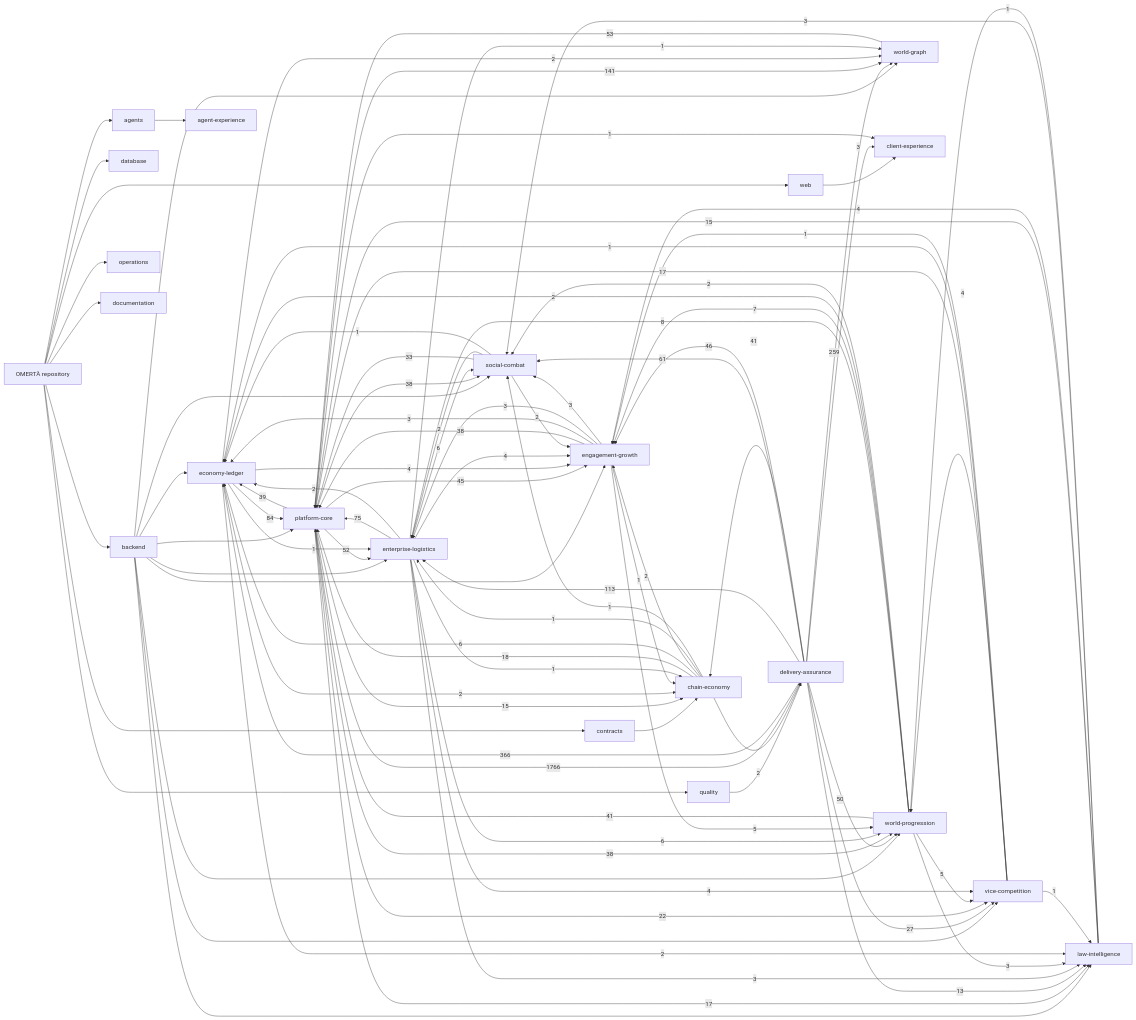
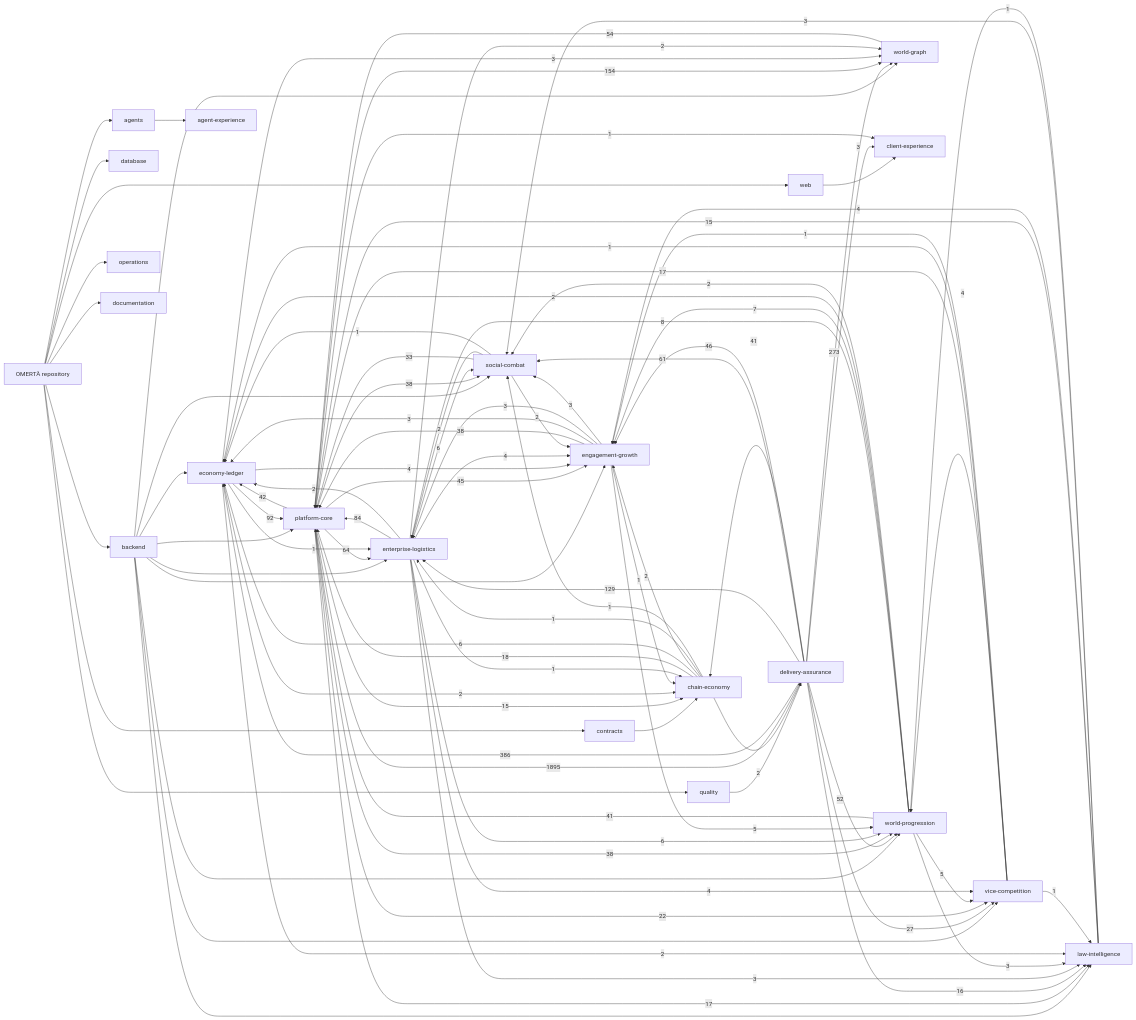
One commit to OmertaDev/Omerta changed the diagram in knowledge/generated/graph.mmd. Above: the diagram before and after it, drawn with Mermaid. The commit also changed 8 other files, not shown here.

```diff
--- a/knowledge/generated/graph.mmd
+++ b/knowledge/generated/graph.mmd
@@ -1,113 +1,113 @@
 flowchart LR
   repo["OMERTÀ repository"]
   sub_backend["backend"]
   repo --> sub_backend
   sub_database["database"]
   repo --> sub_database
   sub_web["web"]
   repo --> sub_web
   sub_contracts["contracts"]
   repo --> sub_contracts
   sub_agents["agents"]
   repo --> sub_agents
   sub_quality["quality"]
   repo --> sub_quality
   sub_operations["operations"]
   repo --> sub_operations
   sub_documentation["documentation"]
   repo --> sub_documentation
   dom_platform-core["platform-core"]
   dom_economy-ledger["economy-ledger"]
   dom_social-combat["social-combat"]
   dom_world-progression["world-progression"]
   dom_world-graph["world-graph"]
   dom_enterprise-logistics["enterprise-logistics"]
   dom_vice-competition["vice-competition"]
   dom_law-intelligence["law-intelligence"]
   dom_chain-economy["chain-economy"]
   dom_engagement-growth["engagement-growth"]
   dom_client-experience["client-experience"]
   dom_agent-experience["agent-experience"]
   dom_delivery-assurance["delivery-assurance"]
   sub_agents --> dom_agent-experience
   sub_backend --> dom_economy-ledger
   sub_backend --> dom_engagement-growth
   sub_backend --> dom_enterprise-logistics
   sub_backend --> dom_law-intelligence
   sub_backend --> dom_platform-core
   sub_backend --> dom_social-combat
   sub_backend --> dom_vice-competition
   sub_backend --> dom_world-graph
   sub_backend --> dom_world-progression
   sub_contracts --> dom_chain-economy
   sub_quality --> dom_delivery-assurance
   sub_web --> dom_client-experience
-  dom_delivery-assurance -->|1766| dom_platform-core
-  dom_delivery-assurance -->|366| dom_economy-ledger
-  dom_delivery-assurance -->|259| dom_world-graph
-  dom_platform-core -->|141| dom_world-graph
-  dom_delivery-assurance -->|113| dom_enterprise-logistics
-  dom_economy-ledger -->|84| dom_platform-core
-  dom_enterprise-logistics -->|75| dom_platform-core
+  dom_delivery-assurance -->|1895| dom_platform-core
+  dom_delivery-assurance -->|386| dom_economy-ledger
+  dom_delivery-assurance -->|273| dom_world-graph
+  dom_platform-core -->|154| dom_world-graph
+  dom_delivery-assurance -->|129| dom_enterprise-logistics
+  dom_economy-ledger -->|92| dom_platform-core
+  dom_enterprise-logistics -->|84| dom_platform-core
+  dom_platform-core -->|64| dom_enterprise-logistics
   dom_delivery-assurance -->|61| dom_social-combat
-  dom_world-graph -->|53| dom_platform-core
-  dom_platform-core -->|52| dom_enterprise-logistics
-  dom_delivery-assurance -->|50| dom_world-progression
+  dom_world-graph -->|54| dom_platform-core
+  dom_delivery-assurance -->|52| dom_world-progression
   dom_delivery-assurance -->|46| dom_engagement-growth
   dom_platform-core -->|45| dom_engagement-growth
+  dom_platform-core -->|42| dom_economy-ledger
   dom_delivery-assurance -->|41| dom_chain-economy
   dom_world-progression -->|41| dom_platform-core
-  dom_platform-core -->|39| dom_economy-ledger
   dom_engagement-growth -->|38| dom_platform-core
   dom_platform-core -->|38| dom_social-combat
   dom_platform-core -->|38| dom_world-progression
   dom_social-combat -->|33| dom_platform-core
   dom_delivery-assurance -->|27| dom_vice-competition
   dom_platform-core -->|22| dom_vice-competition
   dom_chain-economy -->|18| dom_platform-core
   dom_platform-core -->|17| dom_law-intelligence
   dom_vice-competition -->|17| dom_platform-core
+  dom_delivery-assurance -->|16| dom_law-intelligence
   dom_law-intelligence -->|15| dom_platform-core
   dom_platform-core -->|15| dom_chain-economy
-  dom_delivery-assurance -->|13| dom_law-intelligence
   dom_world-progression -->|8| dom_enterprise-logistics
   dom_world-progression -->|7| dom_engagement-growth
   dom_chain-economy -->|6| dom_economy-ledger
   dom_enterprise-logistics -->|6| dom_social-combat
   dom_enterprise-logistics -->|6| dom_world-progression
   dom_engagement-growth -->|5| dom_world-progression
   dom_world-progression -->|5| dom_vice-competition
   dom_economy-ledger -->|4| dom_engagement-growth
   dom_enterprise-logistics -->|4| dom_engagement-growth
   dom_enterprise-logistics -->|4| dom_vice-competition
   dom_law-intelligence -->|4| dom_engagement-growth
   dom_vice-competition -->|4| dom_world-progression
   dom_delivery-assurance -->|3| dom_client-experience
+  dom_economy-ledger -->|3| dom_world-graph
   dom_engagement-growth -->|3| dom_economy-ledger
   dom_engagement-growth -->|3| dom_enterprise-logistics
   dom_engagement-growth -->|3| dom_social-combat
   dom_enterprise-logistics -->|3| dom_law-intelligence
   dom_law-intelligence -->|3| dom_social-combat
   dom_world-progression -->|3| dom_law-intelligence
   dom_chain-economy -->|2| dom_delivery-assurance
   dom_chain-economy -->|2| dom_engagement-growth
   dom_economy-ledger -->|2| dom_chain-economy
   dom_economy-ledger -->|2| dom_law-intelligence
-  dom_economy-ledger -->|2| dom_world-graph
   dom_enterprise-logistics -->|2| dom_economy-ledger
+  dom_enterprise-logistics -->|2| dom_world-graph
   dom_social-combat -->|2| dom_engagement-growth
   dom_social-combat -->|2| dom_enterprise-logistics
   dom_world-progression -->|2| dom_economy-ledger
   dom_world-progression -->|2| dom_social-combat
   dom_chain-economy -->|1| dom_enterprise-logistics
   dom_chain-economy -->|1| dom_social-combat
   dom_economy-ledger -->|1| dom_enterprise-logistics
   dom_engagement-growth -->|1| dom_chain-economy
   dom_enterprise-logistics -->|1| dom_chain-economy
-  dom_enterprise-logistics -->|1| dom_world-graph
   dom_law-intelligence -->|1| dom_world-progression
   dom_platform-core -->|1| dom_client-experience
   dom_social-combat -->|1| dom_economy-ledger
   dom_vice-competition -->|1| dom_economy-ledger
   dom_vice-competition -->|1| dom_engagement-growth
   dom_vice-competition -->|1| dom_law-intelligence
```
